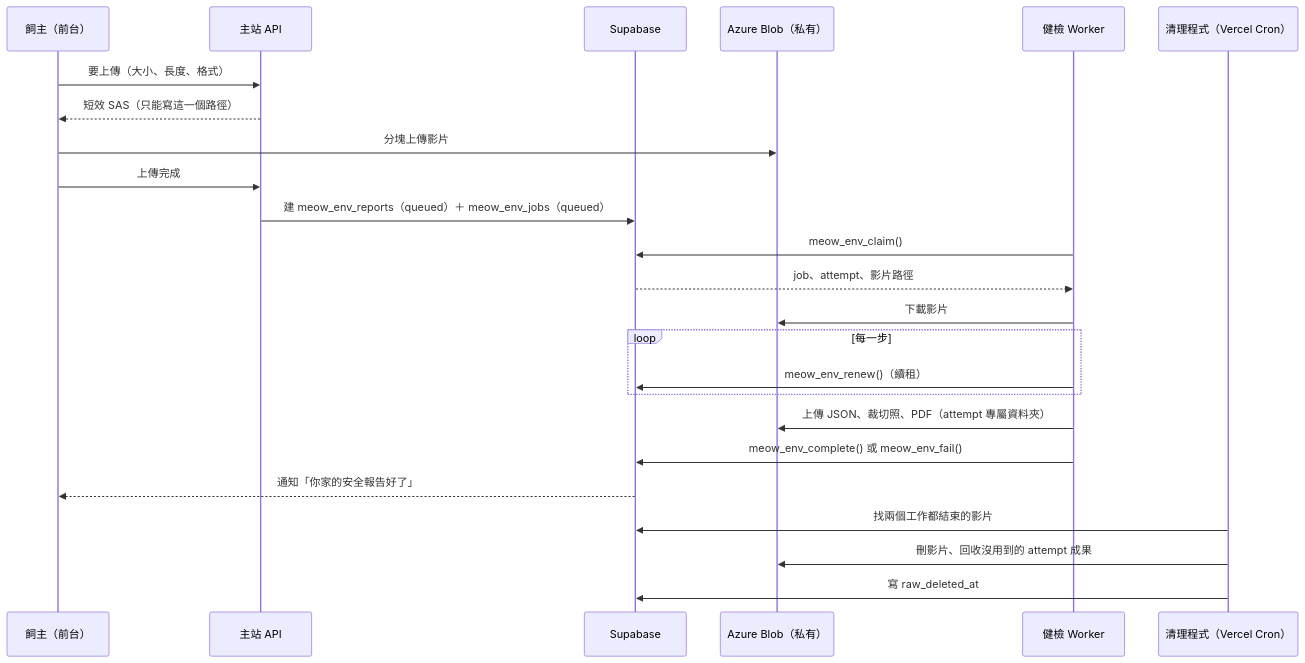
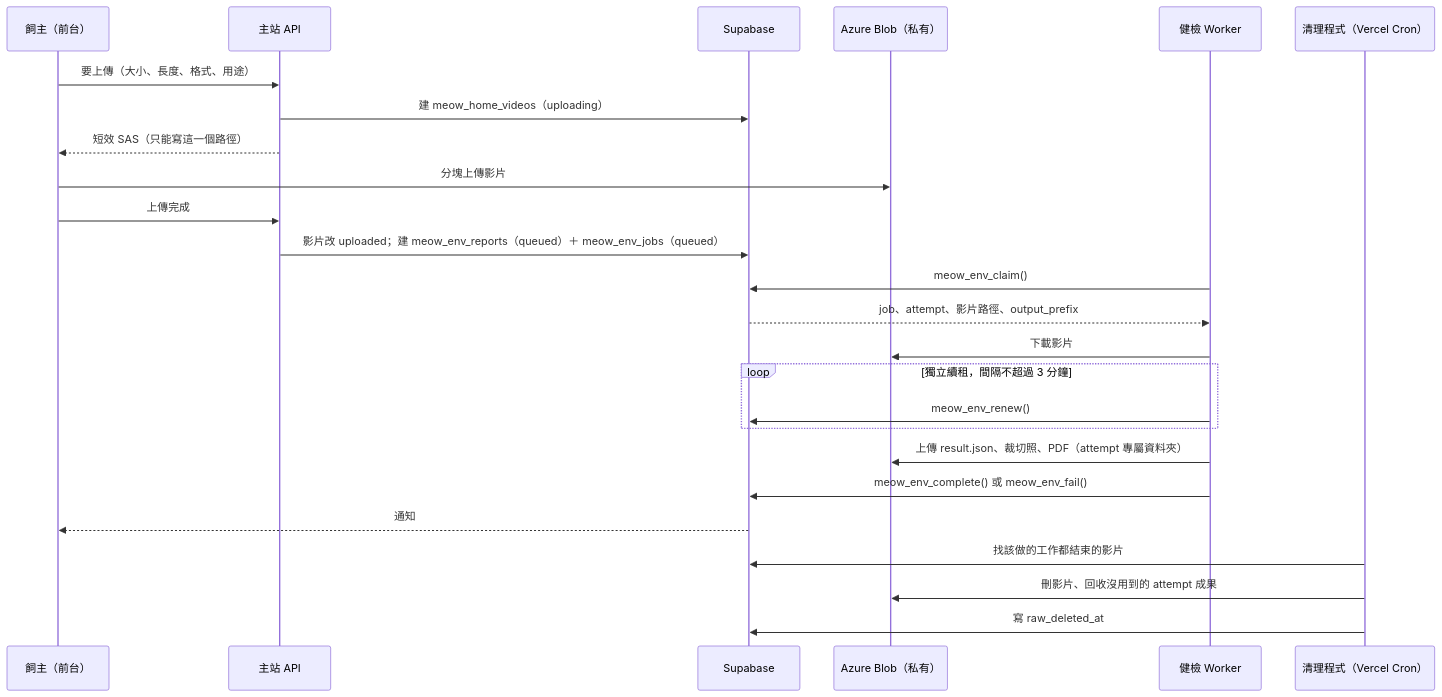
The diagram in docs/spec/10_居家環境健檢Worker契約.md (GAE265-Meowho/Meowho), drawn with Mermaid before and after one commit. The commit also changed other lines of this file, not shown here.

````diff
--- a/docs/spec/10_居家環境健檢Worker契約.md
+++ b/docs/spec/10_居家環境健檢Worker契約.md
@@ -16,27 +16,28 @@
 ```mermaid
 sequenceDiagram
   participant U as 飼主（前台）
   participant A as 主站 API
   participant DB as Supabase
   participant B as Azure Blob（私有）
   participant W as 健檢 Worker
   participant C as 清理程式（Vercel Cron）
 
-  U->>A: 要上傳（大小、長度、格式）
+  U->>A: 要上傳（大小、長度、格式、用途）
+  A->>DB: 建 meow_home_videos（uploading）
   A-->>U: 短效 SAS（只能寫這一個路徑）
   U->>B: 分塊上傳影片
   U->>A: 上傳完成
-  A->>DB: 建 meow_env_reports（queued）＋ meow_env_jobs（queued）
+  A->>DB: 影片改 uploaded；建 meow_env_reports（queued）＋ meow_env_jobs（queued）
   W->>DB: meow_env_claim()
-  DB-->>W: job、attempt、影片路徑
+  DB-->>W: job、attempt、影片路徑、output_prefix
   W->>B: 下載影片
-  loop 每一步
-    W->>DB: meow_env_renew()（續租）
+  loop 獨立續租，間隔不超過 3 分鐘
+    W->>DB: meow_env_renew()
   end
-  W->>B: 上傳 JSON、裁切照、PDF（attempt 專屬資料夾）
+  W->>B: 上傳 result.json、裁切照、PDF（attempt 專屬資料夾）
   W->>DB: meow_env_complete() 或 meow_env_fail()
-  DB-->>U: 通知「你家的安全報告好了」
-  C->>DB: 找兩個工作都結束的影片
+  DB-->>U: 通知
+  C->>DB: 找該做的工作都結束的影片
   C->>B: 刪影片、回收沒用到的 attempt 成果
   C->>DB: 寫 raw_deleted_at
 ```
````
